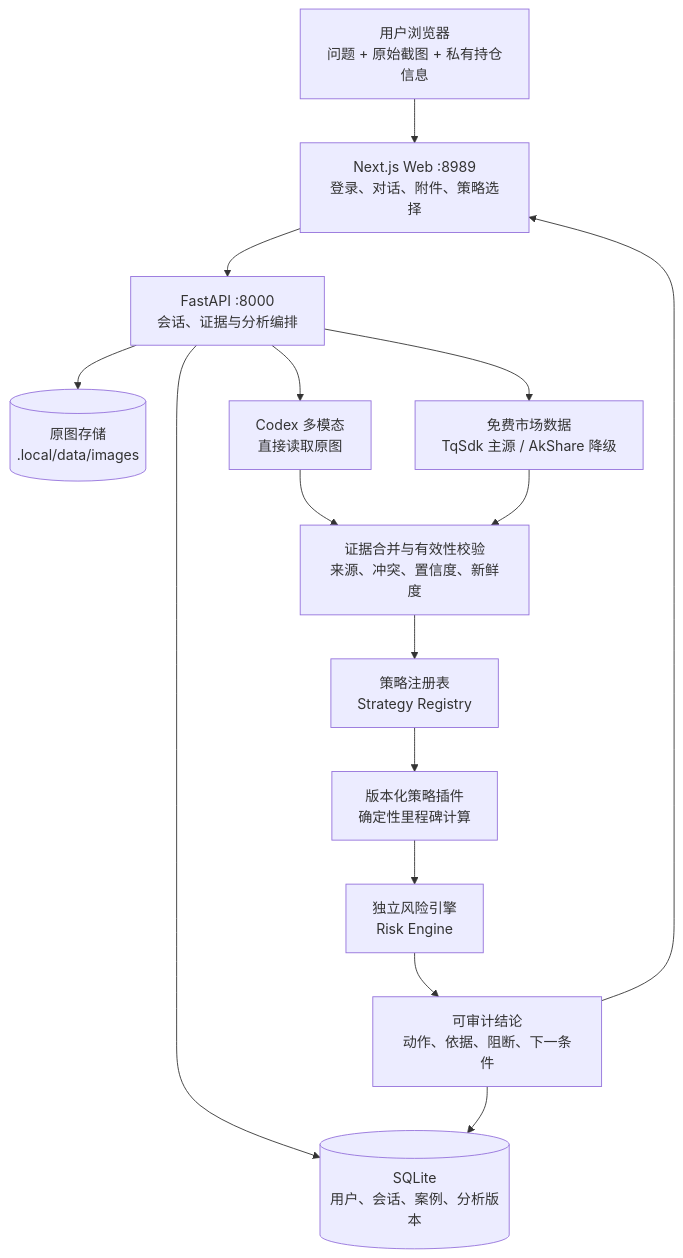
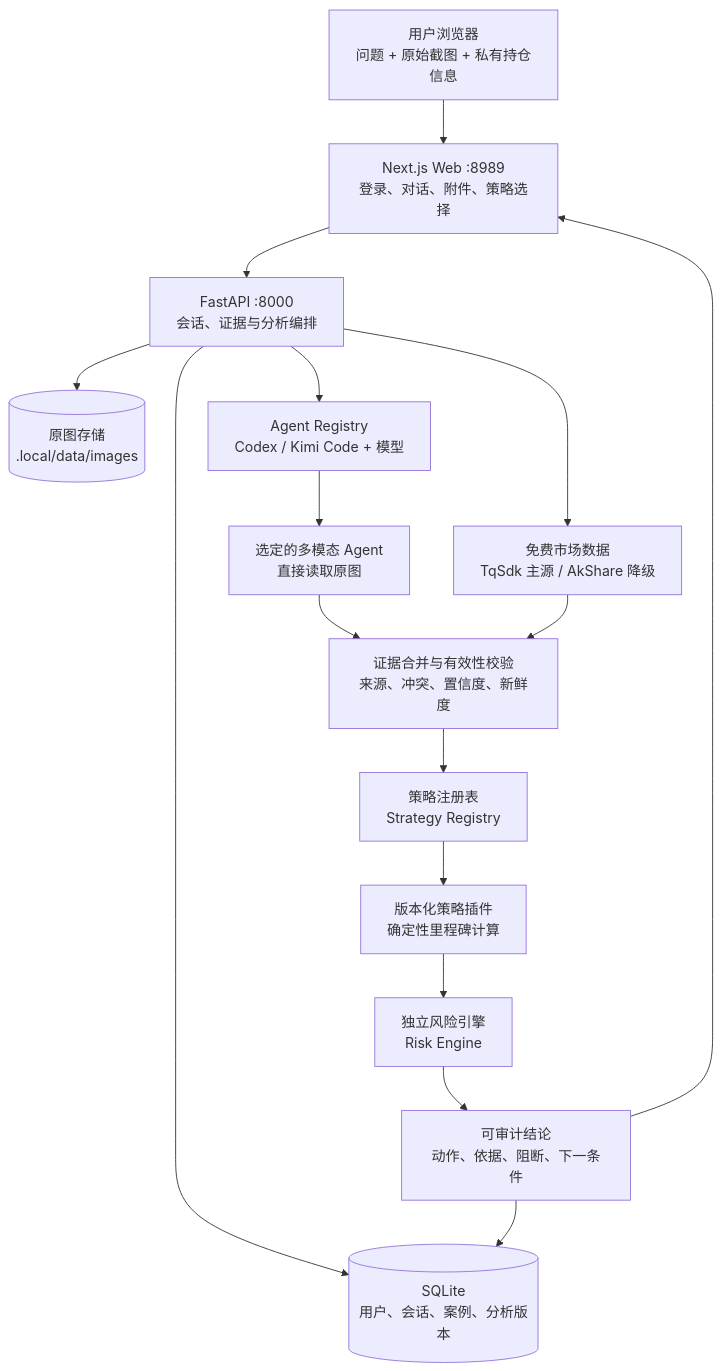
One commit to IFOSR/panshi-trading-ai changed the diagram in README.md. Above: the diagram before and after it, drawn with Mermaid. The commit also changed other lines of this file and 40 other files, not shown here.

Commit message:
feat(agent): add selectable Codex and Kimi backends

````diff
--- a/README.md
+++ b/README.md
@@ -61,31 +66,33 @@
 ```mermaid
 flowchart TD
     U[用户浏览器<br/>问题 + 原始截图 + 私有持仓信息]
     W[Next.js Web :8989<br/>登录、对话、附件、策略选择]
     A[FastAPI :8000<br/>会话、证据与分析编排]
 
     DB[(SQLite<br/>用户、会话、案例、分析版本)]
     IMG[(原图存储<br/>.local/data/images)]
-    V[Codex 多模态<br/>直接读取原图]
+    G[Agent Registry<br/>Codex / Kimi Code + 模型]
+    V[选定的多模态 Agent<br/>直接读取原图]
     M[免费市场数据<br/>TqSdk 主源 / AkShare 降级]
     E[证据合并与有效性校验<br/>来源、冲突、置信度、新鲜度]
     R[策略注册表<br/>Strategy Registry]
     S[版本化策略插件<br/>确定性里程碑计算]
     K[独立风险引擎<br/>Risk Engine]
     O[可审计结论<br/>动作、依据、阻断、下一条件]
 
     U --> W
     W --> A
     A --> DB
     A --> IMG
-    A --> V
+    A --> G
+    G --> V
     A --> M
     V --> E
     M --> E
     E --> R
     R --> S
     S --> K
     K --> O
     O --> DB
     O --> W
 ```
````
